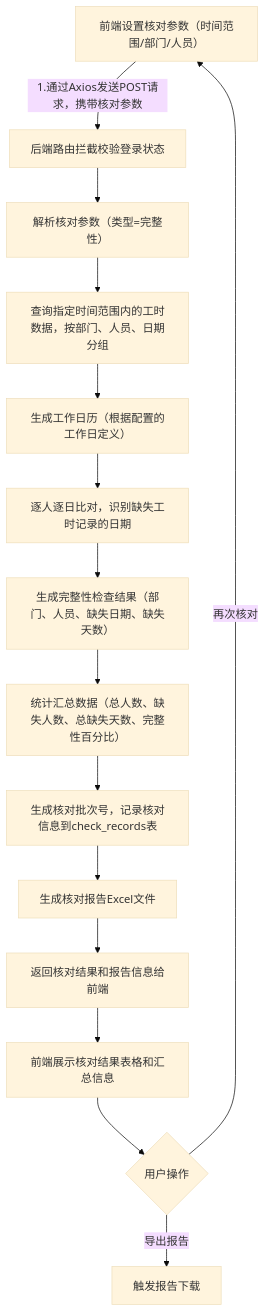
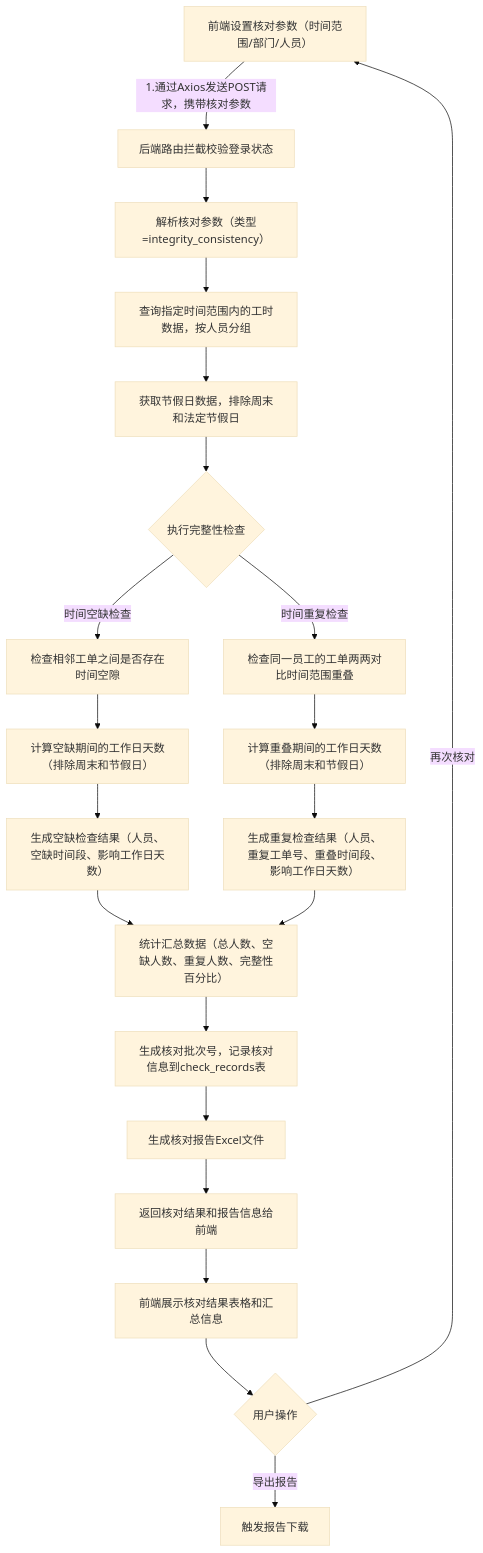
The fourth of 5 diagrams in design/架构设计说明书.md (9dragon/workinghour), drawn with Mermaid (base theme) before and after one commit. The commit also changed other lines of this file, not shown here.

````diff
--- a/design/架构设计说明书.md
+++ b/design/架构设计说明书.md
@@ -282,17 +332,23 @@
 ```mermaid
 graph TD
     A[前端设置核对参数（时间范围/部门/人员）] -->|1.通过Axios发送POST请求，携带核对参数| B[后端路由拦截校验登录状态]
-    B --> C[解析核对参数（类型=完整性）]
-    C --> D[查询指定时间范围内的工时数据，按部门、人员、日期分组]
-    D --> E[生成工作日历（根据配置的工作日定义）]
-    E --> F[逐人逐日比对，识别缺失工时记录的日期]
-    F --> G[生成完整性检查结果（部门、人员、缺失日期、缺失天数）]
-    G --> H[统计汇总数据（总人数、缺失人数、总缺失天数、完整性百分比）]
-    H --> I[生成核对批次号，记录核对信息到check_records表]
-    I --> J[生成核对报告Excel文件]
-    J --> K[返回核对结果和报告信息给前端]
-    K --> L[前端展示核对结果表格和汇总信息]
-    L --> M{用户操作}
-    M -->|导出报告| N[触发报告下载]
-    M -->|再次核对| A
+    B --> C[解析核对参数（类型=integrity_consistency）]
+    C --> D[查询指定时间范围内的工时数据，按人员分组]
+    D --> E[获取节假日数据，排除周末和法定节假日]
+    E --> F{执行完整性检查}
+    F -->|时间空缺检查| G[检查相邻工单之间是否存在时间空隙]
+    G --> H[计算空缺期间的工作日天数（排除周末和节假日）]
+    F -->|时间重复检查| I[检查同一员工的工单两两对比时间范围重叠]
+    I --> J[计算重叠期间的工作日天数（排除周末和节假日）]
+    H --> K[生成空缺检查结果（人员、空缺时间段、影响工作日天数）]
+    J --> L[生成重复检查结果（人员、重复工单号、重叠时间段、影响工作日天数）]
+    K --> M[统计汇总数据（总人数、空缺人数、重复人数、完整性百分比）]
+    L --> M
+    M --> N[生成核对批次号，记录核对信息到check_records表]
+    N --> O[生成核对报告Excel文件]
+    O --> P[返回核对结果和报告信息给前端]
+    P --> Q[前端展示核对结果表格和汇总信息]
+    Q --> R{用户操作}
+    R -->|导出报告| S[触发报告下载]
+    R -->|再次核对| A
 ```
````
